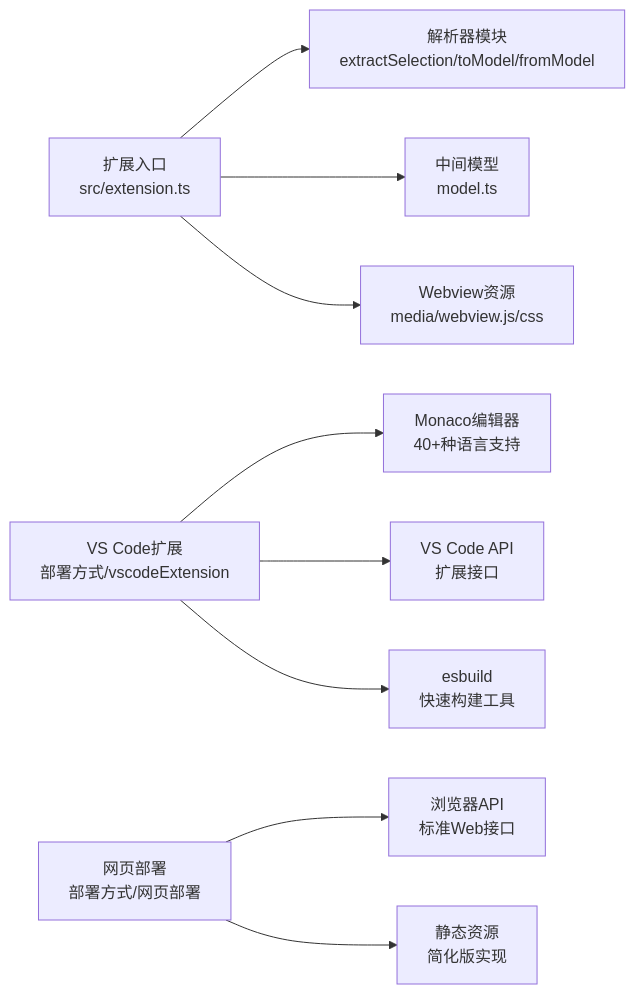
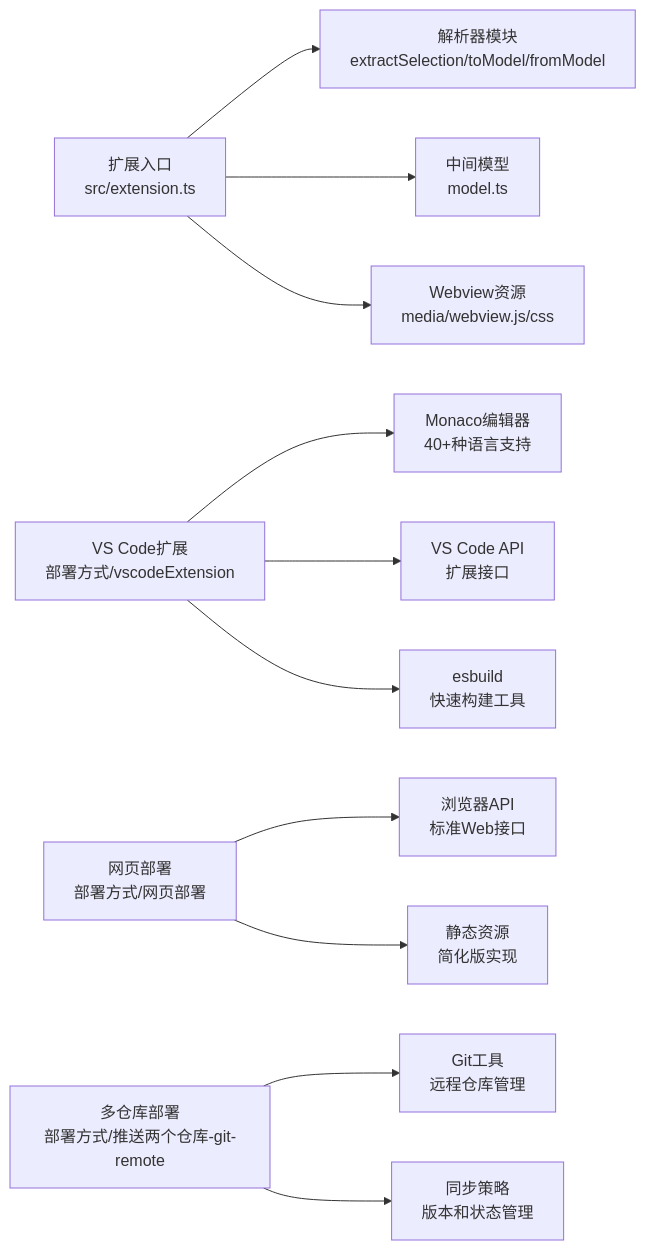
Before and after one commit to meiok1/wysjson: the sixth of 6 diagrams in .qoder/repowiki/zh/content/开发者指南/构建和部署.md, drawn with Mermaid. The commit also changed other lines of this file and 58 other files, not shown here.

````diff
--- a/.qoder/repowiki/zh/content/开发者指南/构建和部署.md
+++ b/.qoder/repowiki/zh/content/开发者指南/构建和部署.md
@@ -370,11 +426,13 @@
 ```mermaid
 graph LR
 Ext["扩展入口<br/>src/extension.ts"] --> Parser["解析器模块<br/>extractSelection/toModel/fromModel"]
 Ext --> Model["中间模型<br/>model.ts"]
 Ext --> WV["Webview资源<br/>media/webview.js/css"]
 VSExt["VS Code扩展<br/>部署方式/vscodeExtension"] --> Monaco["Monaco编辑器<br/>40+种语言支持"]
 VSExt --> VSAPI["VS Code API<br/>扩展接口"]
 VSExt --> ESBuild["esbuild<br/>快速构建工具"]
 WebEnv["网页部署<br/>部署方式/网页部署"] --> Browser["浏览器API<br/>标准Web接口"]
 WebEnv --> Static["静态资源<br/>简化版实现"]
+MultiRepo["多仓库部署<br/>部署方式/推送两个仓库-git-remote"] --> GitTools["Git工具<br/>远程仓库管理"]
+MultiRepo --> Sync["同步策略<br/>版本和状态管理"]
 ```
````
